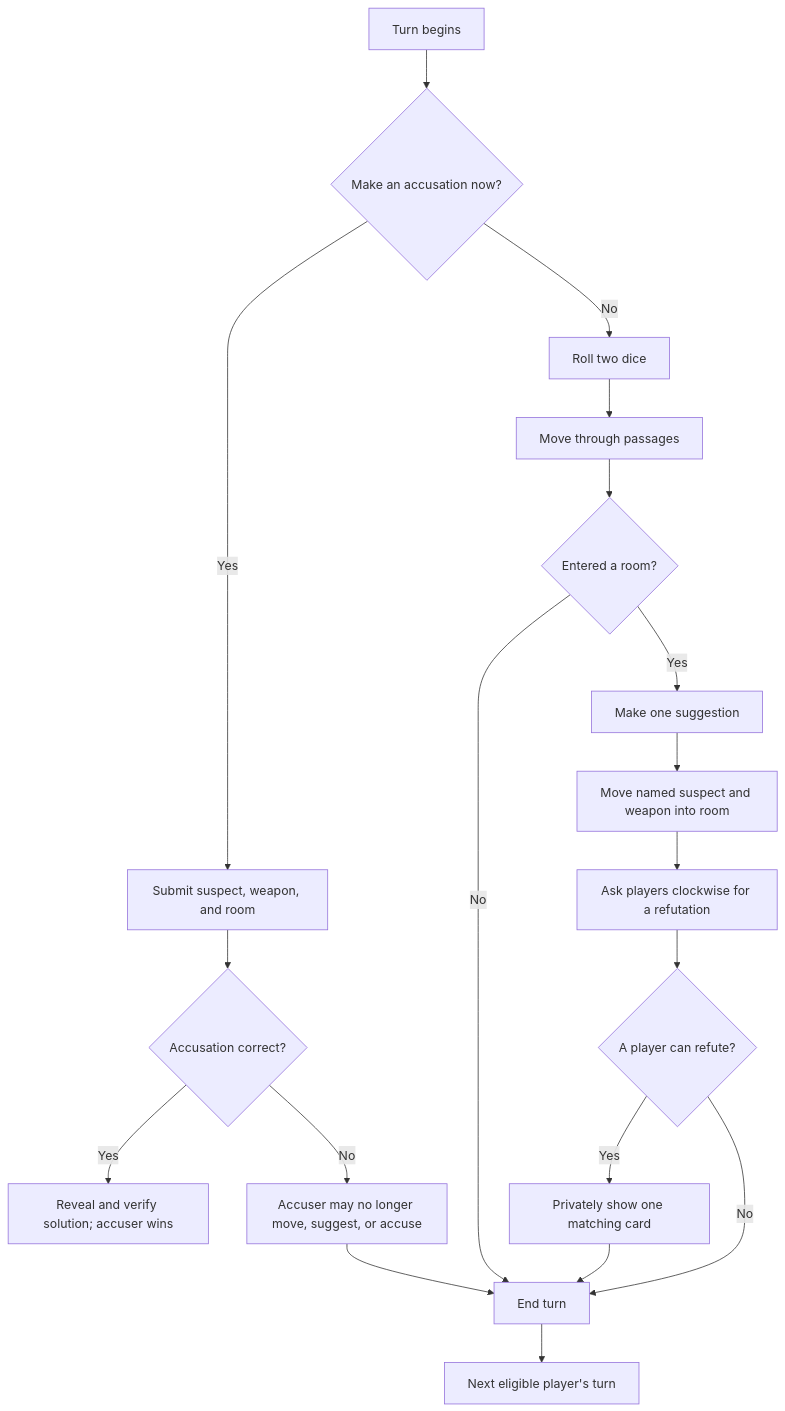
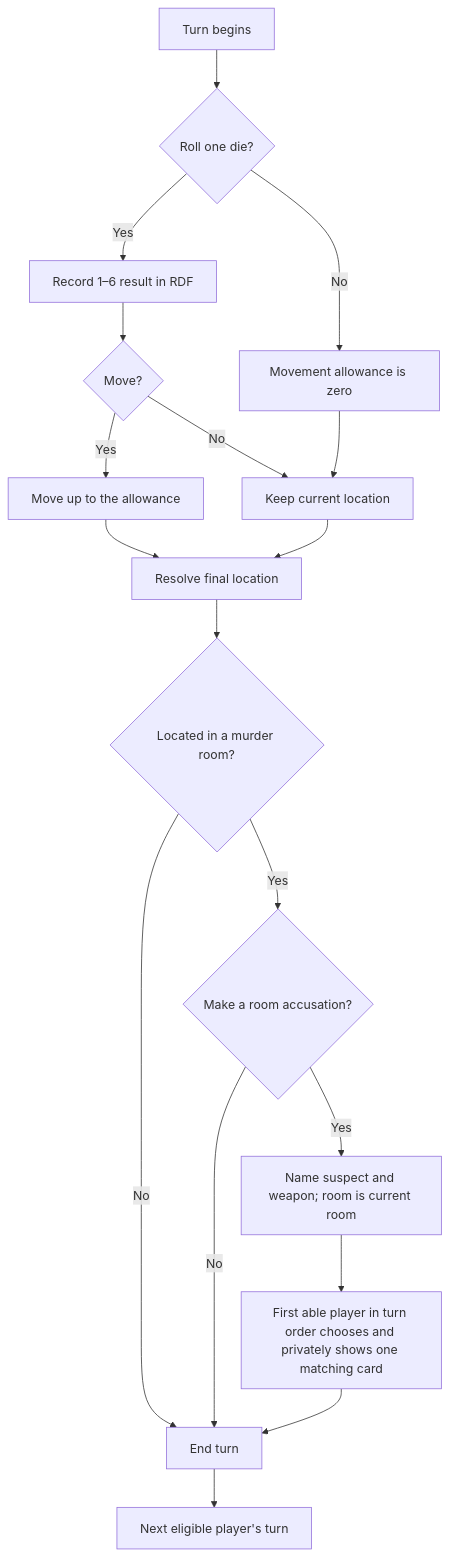
The diagram in docs/everything-is-sus/everything-is-sus-RULES.md (jonathanvajda/ontologized-entertainment), drawn with Mermaid before and after one commit. The commit also changed other lines of this file and 51 other files, not shown here.

````diff
--- a/docs/everything-is-sus/everything-is-sus-RULES.md
+++ b/docs/everything-is-sus/everything-is-sus-RULES.md
@@ -79,21 +79,20 @@
 ```mermaid
 flowchart TD
-  A[Turn begins] --> B{Make an accusation now?}
-  B -- Yes --> H[Submit suspect, weapon, and room]
-  B -- No --> C[Roll two dice]
-  C --> D[Move through passages]
-  D --> E{Entered a room?}
-  E -- No --> G[End turn]
-  E -- Yes --> F[Make one suggestion]
-  F --> I[Move named suspect and weapon into room]
-  I --> J[Ask players clockwise for a refutation]
-  J --> K{A player can refute?}
-  K -- Yes --> L[Privately show one matching card]
-  K -- No --> G
-  L --> G
-  H --> M{Accusation correct?}
-  M -- Yes --> N[Reveal and verify solution; accuser wins]
-  M -- No --> O[Accuser may no longer move, suggest, or accuse]
-  O --> G
-  G --> P[Next eligible player's turn]
+  A[Turn begins] --> B{Roll one die?}
+  B -- Yes --> C[Record 1–6 result in RDF]
+  B -- No --> D[Movement allowance is zero]
+  C --> E{Move?}
+  D --> F[Keep current location]
+  E -- Yes --> G[Move up to the allowance]
+  E -- No --> F
+  G --> H[Resolve final location]
+  F --> H
+  H --> I{Located in a murder room?}
+  I -- No --> N[End turn]
+  I -- Yes --> J{Make a room accusation?}
+  J -- No --> N
+  J -- Yes --> K[Name suspect and weapon; room is current room]
+  K --> L[First able player in turn order chooses and privately shows one matching card]
+  L --> N
+  N --> O[Next eligible player's turn]
 ```
````
